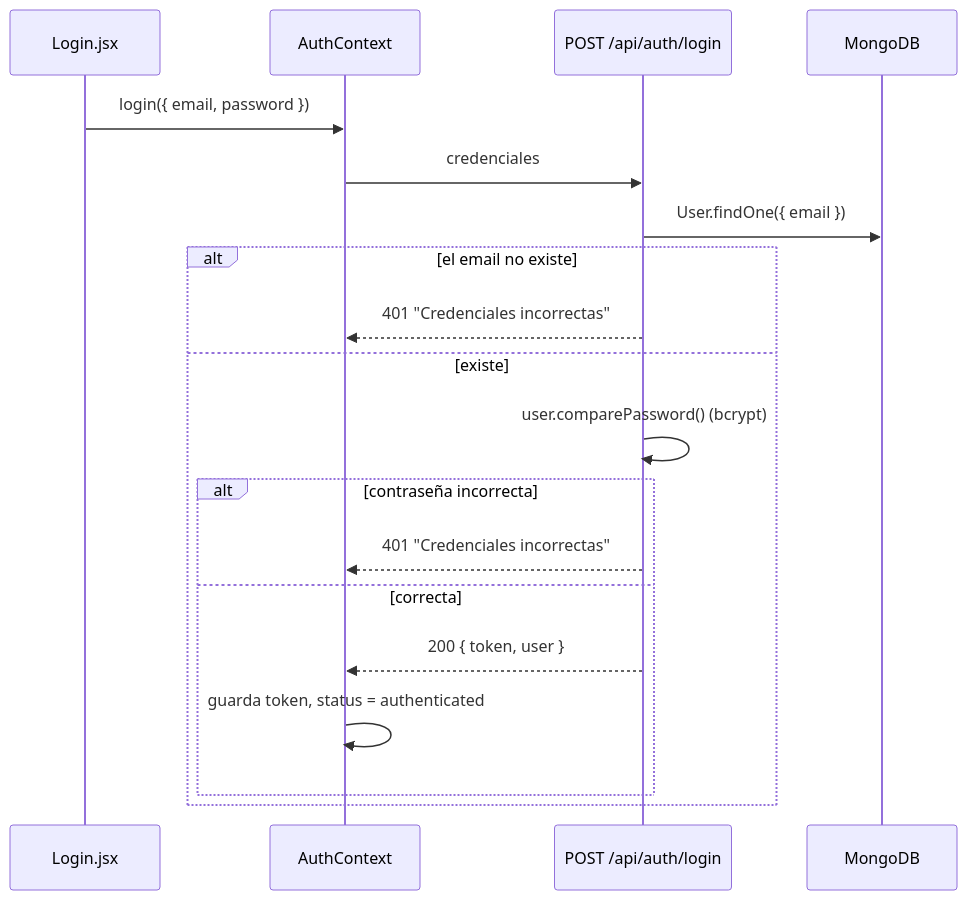
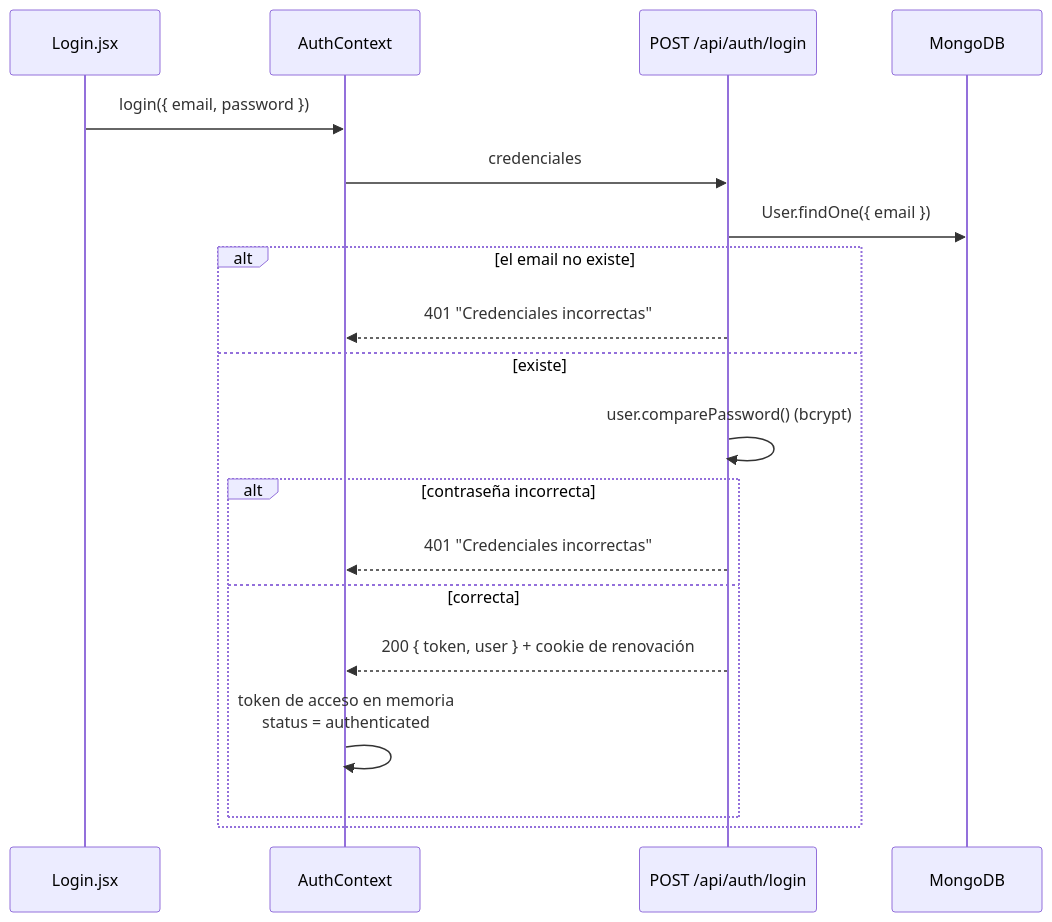
Before and after one commit to daviddhernandez2/yieldfit: the second of 6 diagrams in docs/auth.md, drawn with Mermaid. The commit also changed other lines of this file, not shown here.

Commit message:
docs(auth): actualiza los diagramas al token en memoria

````diff
--- a/docs/auth.md
+++ b/docs/auth.md
@@ -55,22 +55,22 @@
 ```mermaid
 sequenceDiagram
     participant L as Login.jsx
     participant CTX as AuthContext
     participant API as POST /api/auth/login
     participant DB as MongoDB
 
     L->>CTX: login({ email, password })
     CTX->>API: credenciales
     API->>DB: User.findOne({ email })
     alt el email no existe
         API-->>CTX: 401 "Credenciales incorrectas"
     else existe
         API->>API: user.comparePassword() (bcrypt)
         alt contraseña incorrecta
             API-->>CTX: 401 "Credenciales incorrectas"
         else correcta
-            API-->>CTX: 200 { token, user }
-            CTX->>CTX: guarda token, status = authenticated
+            API-->>CTX: 200 { token, user } + cookie de renovación
+            CTX->>CTX: token de acceso en memoria<br/>status = authenticated
         end
     end
 ```
````
